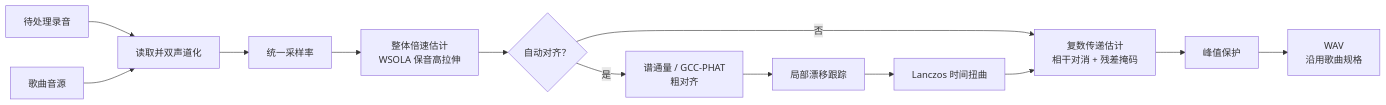
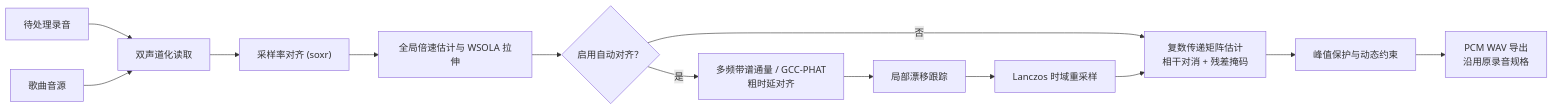
Before and after one commit to ChouChiu/Purivox: the diagram in docs/reference-removal.md, drawn with Mermaid. The commit also changed other lines of this file and 15 other files, not shown here.

````diff
--- a/docs/reference-removal.md
+++ b/docs/reference-removal.md
@@ -52,15 +48,15 @@
 ```mermaid
 flowchart LR
-    mix["待处理录音"] --> read["读取并双声道化"]
+    mix["待处理录音"] --> read["双声道化读取"]
     ref["歌曲音源"] --> read
-    read --> rate["统一采样率"]
-    rate --> tempo["整体倍速估计<br/>WSOLA 保音高拉伸"]
-    tempo --> enabled{"自动对齐？"}
-    enabled -->|是| coarse["谱通量 / GCC-PHAT<br/>粗对齐"]
+    read --> rate["采样率对齐 (soxr)"]
+    rate --> tempo["全局倍速估计与 WSOLA 拉伸"]
+    tempo --> enabled{"启用自动对齐？"}
+    enabled -->|是| coarse["多频带谱通量 / GCC-PHAT<br/>粗时延对齐"]
     coarse --> drift["局部漂移跟踪"]
-    drift --> warp["Lanczos 时间扭曲"]
-    enabled -->|否| mask["复数传递估计<br/>相干对消 + 残差掩码"]
+    drift --> warp["Lanczos 时域重采样"]
+    enabled -->|否| mask["复数传递矩阵估计<br/>相干对消 + 残差掩码"]
     warp --> mask
-    mask --> protect["峰值保护"]
-    protect --> output["WAV<br/>沿用歌曲规格"]
+    mask --> protect["峰值保护与动态约束"]
+    protect --> output["PCM WAV 导出<br/>沿用原录音规格"]
 ```
````
